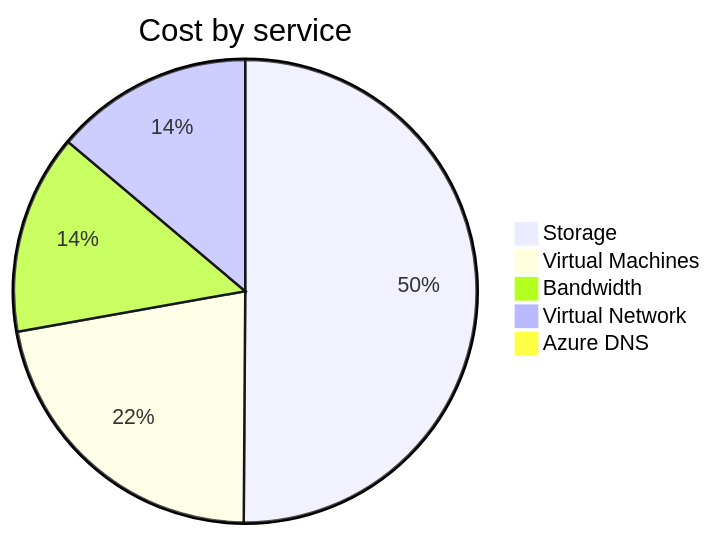
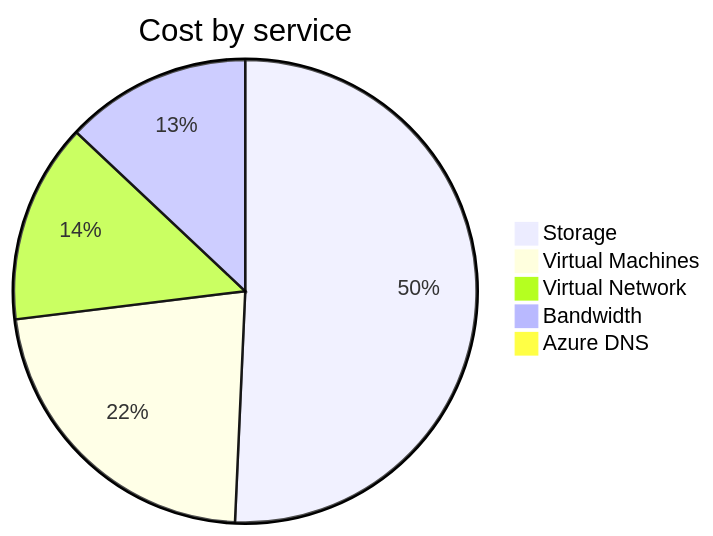
One commit to jpfulton/azure-personal-reports changed the second of 4 diagrams in cost-reports/personal-network/README.md. Above: the diagram before and after it, drawn with Mermaid. The commit also changed other lines of this file and 8 other files, not shown here.

````diff
--- a/cost-reports/personal-network/README.md
+++ b/cost-reports/personal-network/README.md
@@ -97,9 +97,9 @@
 ```mermaid
 pie
    title Cost by service
-   "Storage" : 9.55
-   "Virtual Machines" : 4.21
+   "Storage" : 10.39
+   "Virtual Machines" : 4.58
+   "Virtual Network" : 2.86
    "Bandwidth" : 2.66
-   "Virtual Network" : 2.64
-   "Azure DNS" : 0.18
+   "Azure DNS" : 0.19
 ```
````
